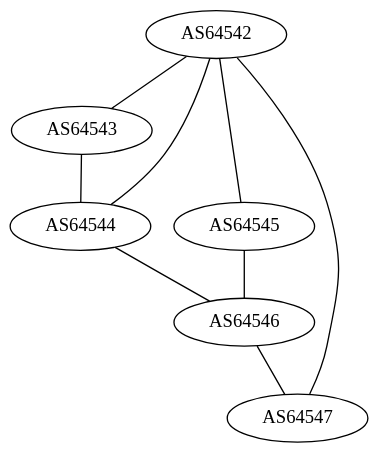
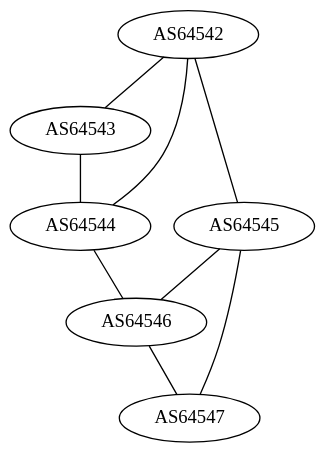
The diagram in as-graph.dot (GLaNET/resources), drawn with Graphviz before and after one commit.

Commit message:
Peering update

```diff
--- a/as-graph.dot
+++ b/as-graph.dot
@@ -1,24 +1,24 @@
 graph GLaNET
 {
         edge [len=2];
         graph [bgcolor=transparent]
 
         //AS64540 [shape=box];
         //AS64540 [label="Caribou Route Server\nAS64540"];
         //AS64540 -- AS64542;
         //AS64540 -- AS64544;
         //AS64540 -- AS64543;
 
         AS64542 -- AS64543;
         AS64542 -- AS64544; // [label="1"];
         AS64542 -- AS64545;
-        AS64542 -- AS64547;
 
         AS64543 -- AS64544;
 
         AS64544 -- AS64546;
 
         AS64545 -- AS64546;
+        AS64545 -- AS64547;
 
         AS64546 -- AS64547;
 }
```
